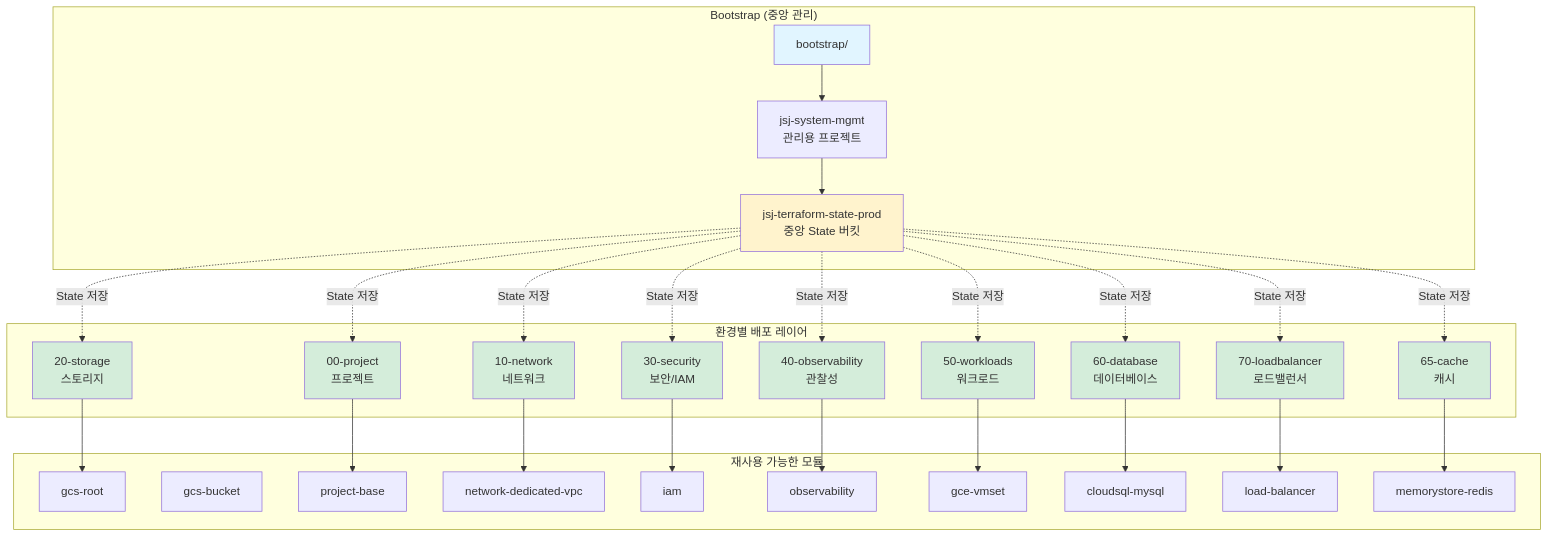
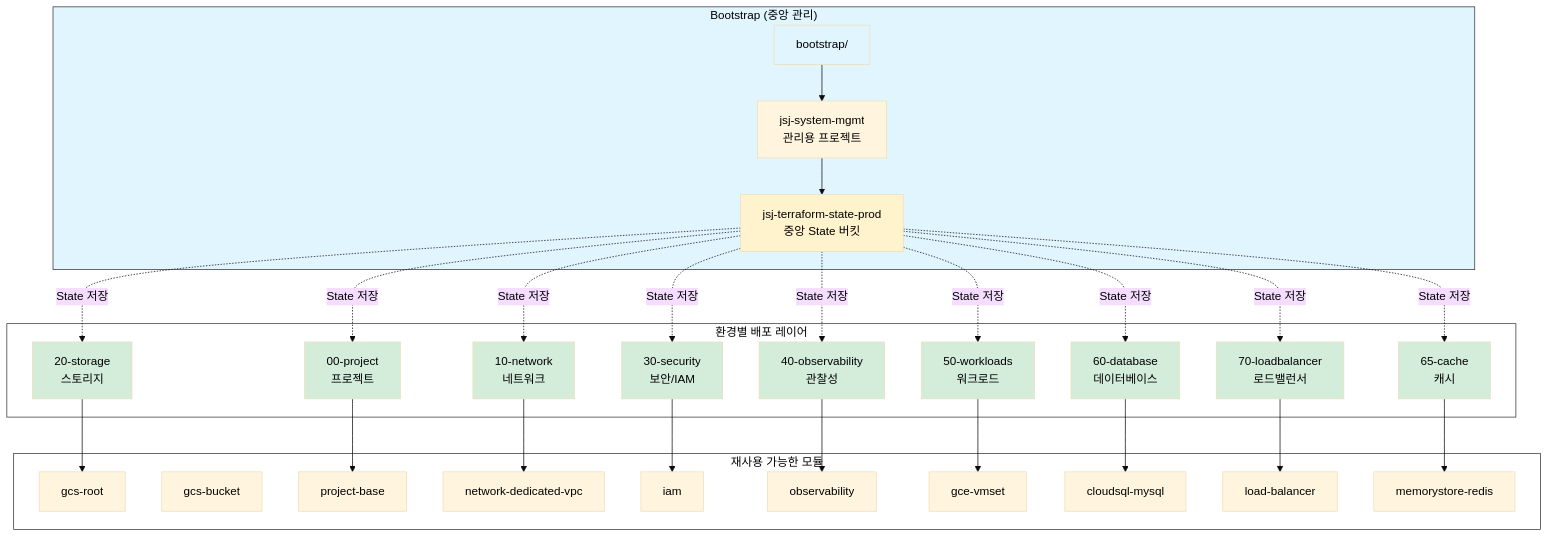
Before and after one commit to JSJ2337/GCP_terraform_code: the first of 9 diagrams in terraform_gcp_infra/docs/architecture/diagrams.md, drawn with Mermaid. The commit also changed other lines of this file and 5 other files, not shown here.

First line of the commit message:
style: Mermaid 다이어그램 제목 가독성 개선

````diff
--- a/terraform_gcp_infra/docs/architecture/diagrams.md
+++ b/terraform_gcp_infra/docs/architecture/diagrams.md
@@ -18,67 +18,71 @@
 ```mermaid
+%%{init: {'theme': 'base', 'themeVariables': { 'primaryTextColor': '#000000', 'clusterBkg': '#ffffff', 'clusterBorder': '#333333' }}}%%
 graph TB
-    subgraph "Bootstrap (중앙 관리)"
+    subgraph Bootstrap["Bootstrap (중앙 관리)"]
         B[bootstrap/]
         B_PROJ[jsj-system-mgmt<br/>관리용 프로젝트]
         B_BUCKET[jsj-terraform-state-prod<br/>중앙 State 버킷]
         B --> B_PROJ
         B_PROJ --> B_BUCKET
     end
 
-    subgraph "재사용 가능한 모듈"
+    subgraph Modules["재사용 가능한 모듈"]
         M1[gcs-root]
         M2[gcs-bucket]
         M3[project-base]
         M4[network-dedicated-vpc]
         M5[iam]
         M6[observability]
         M7[gce-vmset]
         M8[cloudsql-mysql]
         M9[load-balancer]
         M10[memorystore-redis]
     end
 
-    subgraph "환경별 배포 레이어"
+    subgraph Layers["환경별 배포 레이어"]
         E0[00-project<br/>프로젝트]
         E1[10-network<br/>네트워크]
         E2[20-storage<br/>스토리지]
         E3[30-security<br/>보안/IAM]
         E4[40-observability<br/>관찰성]
         E5[50-workloads<br/>워크로드]
         E6[60-database<br/>데이터베이스]
         E7[65-cache<br/>캐시]
         E8[70-loadbalancer<br/>로드밸런서]
     end
 
     B_BUCKET -.State 저장.-> E0
     B_BUCKET -.State 저장.-> E1
     B_BUCKET -.State 저장.-> E2
     B_BUCKET -.State 저장.-> E3
     B_BUCKET -.State 저장.-> E4
     B_BUCKET -.State 저장.-> E5
     B_BUCKET -.State 저장.-> E6
     B_BUCKET -.State 저장.-> E7
     B_BUCKET -.State 저장.-> E8
 
     E0 --> M3
     E1 --> M4
     E2 --> M1
     E3 --> M5
     E4 --> M6
     E5 --> M7
     E6 --> M8
     E7 --> M10
     E8 --> M9
 
+    style Bootstrap fill:#e1f5ff,color:#000000
+    style Modules fill:#ffffff,color:#000000
+    style Layers fill:#ffffff,color:#000000
     style B fill:#e1f5ff
     style B_BUCKET fill:#fff3cd
     style E0 fill:#d4edda
     style E1 fill:#d4edda
     style E2 fill:#d4edda
     style E3 fill:#d4edda
     style E4 fill:#d4edda
     style E5 fill:#d4edda
     style E6 fill:#d4edda
     style E7 fill:#d4edda
     style E8 fill:#d4edda
 ```
````
